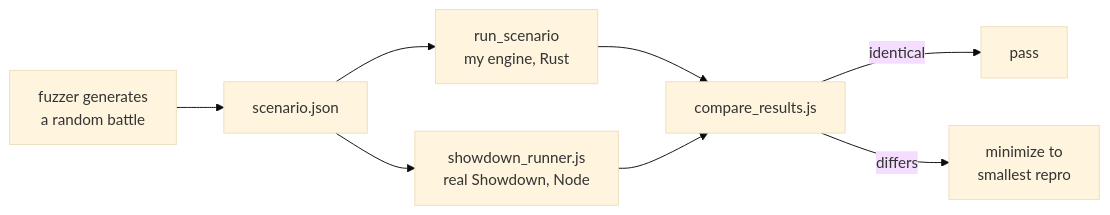
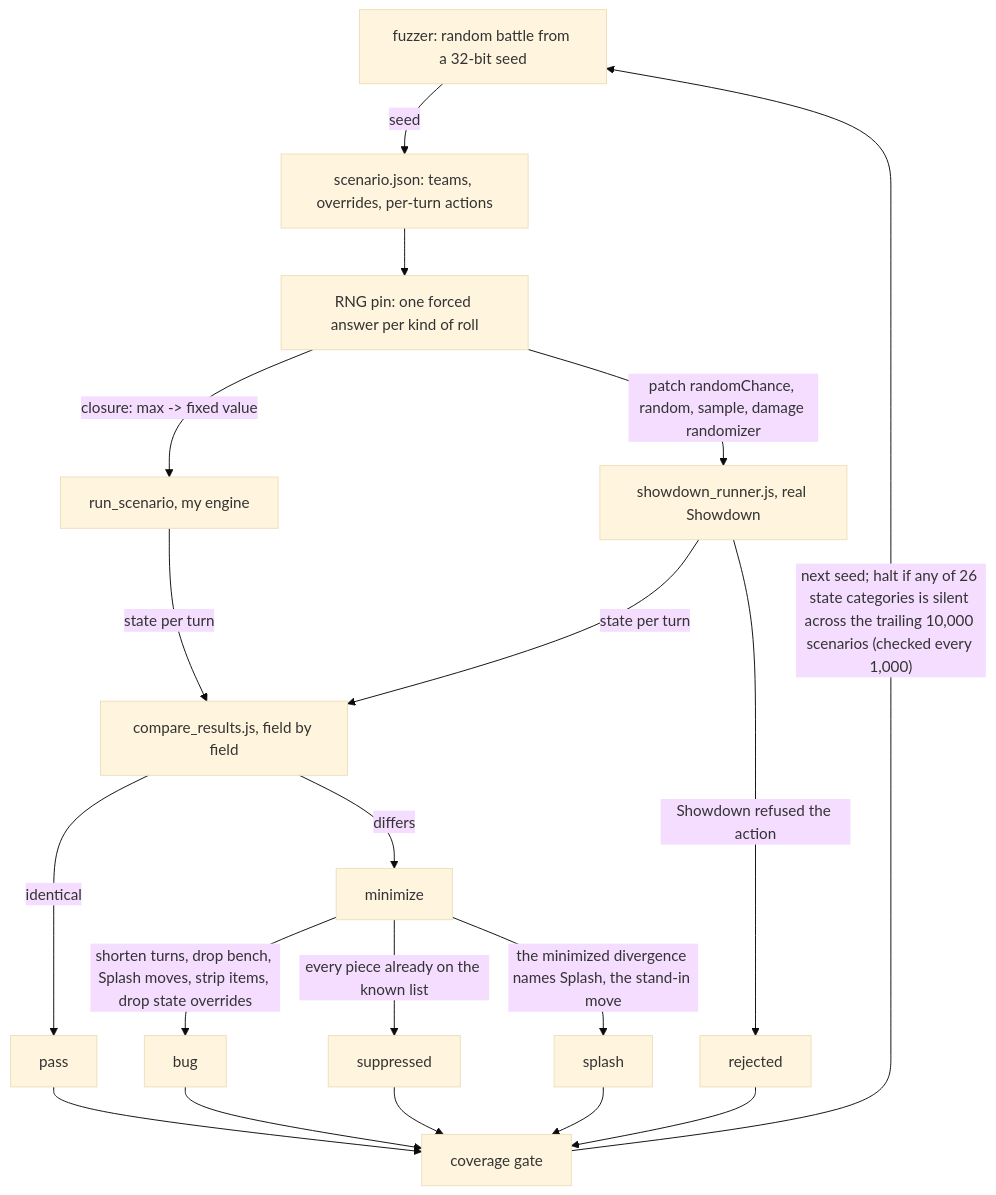
One commit to Eucalyptus5/Plygon changed the diagram in docs/conformance.md. Above: the diagram before and after it, drawn with Mermaid (base theme). The commit also changed other lines of this file and 11 other files, not shown here.

````diff
--- a/docs/conformance.md
+++ b/docs/conformance.md
@@ -9,10 +9,21 @@
 ```mermaid
-flowchart LR
-    G[fuzzer generates<br/>a random battle] --> S[scenario.json]
-    S --> R[run_scenario<br/>my engine, Rust]
-    S --> N[showdown_runner.js<br/>real Showdown, Node]
-    R --> C[compare_results.js]
-    N --> C
-    C -->|identical| P[pass]
-    C -->|differs| M[minimize to<br/>smallest repro]
+flowchart TD
+    gen["fuzzer: random battle from a 32-bit seed"] -->|seed| scenario["scenario.json: teams, overrides, per-turn actions"]
+    scenario --> pin["RNG pin: one forced answer per kind of roll"]
+    pin -->|"closure: max -> fixed value"| rust["run_scenario, my engine"]
+    pin -->|"patch randomChance, random, sample, damage randomizer"| node["showdown_runner.js, real Showdown"]
+    rust -->|state per turn| cmp["compare_results.js, field by field"]
+    node -->|state per turn| cmp
+    node -->|Showdown refused the action| rejected[rejected]
+    cmp -->|identical| pass[pass]
+    cmp -->|differs| min[minimize]
+    min -->|"shorten turns, drop bench, Splash moves, strip items, drop state overrides"| bug[bug]
+    min -->|every piece already on the known list| suppressed[suppressed]
+    min -->|the minimized divergence names Splash, the stand-in move| splash[splash]
+    pass --> gate[coverage gate]
+    bug --> gate
+    rejected --> gate
+    suppressed --> gate
+    splash --> gate
+    gate -->|"next seed; halt if any of 26 state categories is silent across the trailing 10,000 scenarios (checked every 1,000)"| gen
 ```
````
